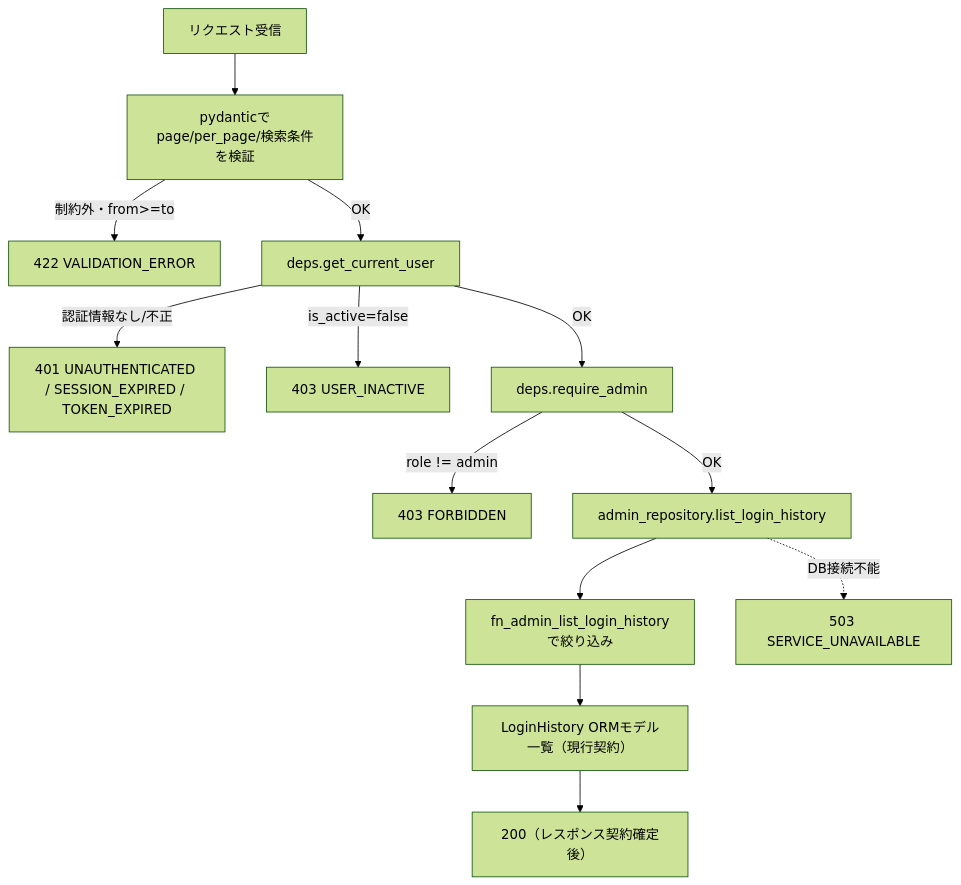
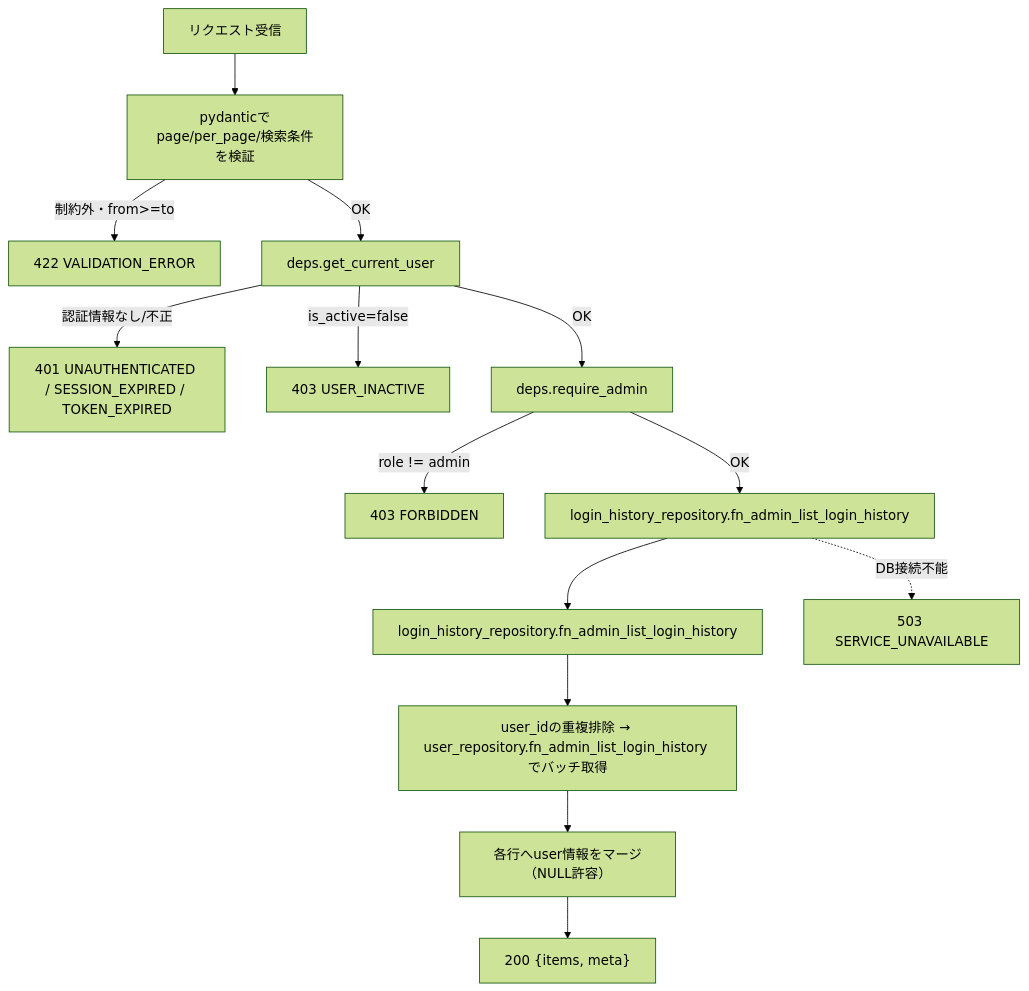
One commit to oikawa-d/task_management changed the second of 4 diagrams in docs/detailed_design/api/admin/07_get_admin_login_history.md. Above: the diagram before and after it, drawn with Mermaid (forest theme). The commit also changed other lines of this file and 28 other files, not shown here.

````diff
--- a/docs/detailed_design/api/admin/07_get_admin_login_history.md
+++ b/docs/detailed_design/api/admin/07_get_admin_login_history.md
@@ -133,15 +145,16 @@
 ```mermaid
 flowchart TB
     A["リクエスト受信"] --> B["pydanticでpage/per_page/検索条件を検証"]
     B -->|"制約外・from>=to"| B1["422 VALIDATION_ERROR"]
     B -->|"OK"| C["deps.get_current_user"]
     C -->|"認証情報なし/不正"| C1["401 UNAUTHENTICATED / SESSION_EXPIRED / TOKEN_EXPIRED"]
     C -->|"is_active=false"| C2["403 USER_INACTIVE"]
     C -->|"OK"| E["deps.require_admin"]
     E -->|"role != admin"| E1["403 FORBIDDEN"]
-    E -->|"OK"| F["admin_repository.list_login_history"]
-    F --> G["fn_admin_list_login_historyで絞り込み"]
-    G --> H["LoginHistory ORMモデル一覧（現行契約）"]
-    H --> I["200（レスポンス契約確定後）"]
-    F -.->|"DB接続不能"| J["503 SERVICE_UNAVAILABLE"]
+    E -->|"OK"| F["login_history_repository.fn_admin_list_login_history"]
+    F --> G["login_history_repository.fn_admin_list_login_history"]
+    G --> H["user_idの重複排除 → user_repository.fn_admin_list_login_history でバッチ取得"]
+    H --> I["各行へuser情報をマージ（NULL許容）"]
+    I --> J["200 {items, meta}"]
+    F -.->|"DB接続不能"| K["503 SERVICE_UNAVAILABLE"]
 ```
````
